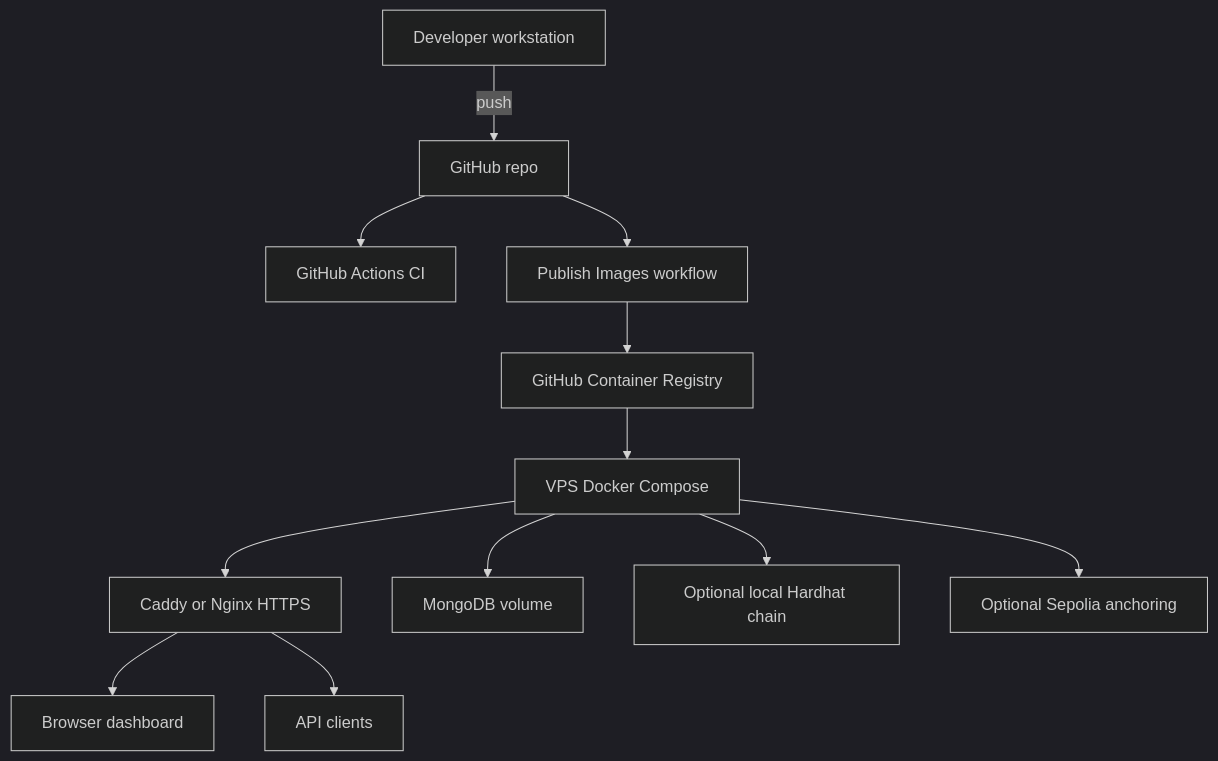
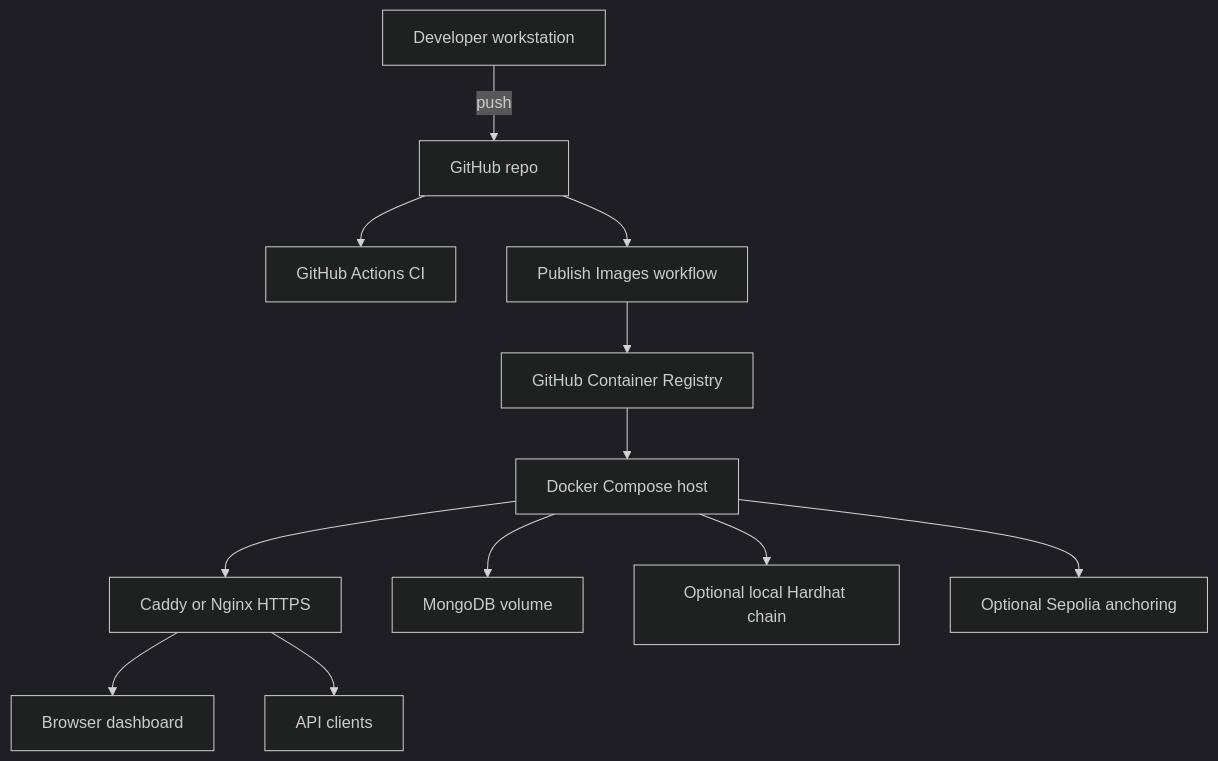
One commit to ccastromar/ai-blockchain-provenance changed the second of 4 diagrams in docs/architecture.md. Above: the diagram before and after it, drawn with Mermaid (dark theme). The commit also changed other lines of this file and 19 other files, not shown here.

````diff
--- a/docs/architecture.md
+++ b/docs/architecture.md
@@ -37,14 +37,14 @@
 ```mermaid
 flowchart TD
   Dev["Developer workstation"] -->|push| GitHub["GitHub repo"]
   GitHub --> CI["GitHub Actions CI"]
   GitHub --> Publish["Publish Images workflow"]
   Publish --> GHCR["GitHub Container Registry"]
-  GHCR --> VPS["VPS Docker Compose"]
-  VPS --> Proxy["Caddy or Nginx HTTPS"]
+  GHCR --> Host["Docker Compose host"]
+  Host --> Proxy["Caddy or Nginx HTTPS"]
   Proxy --> Browser["Browser dashboard"]
   Proxy --> APIClient["API clients"]
-  VPS --> Mongo["MongoDB volume"]
-  VPS --> LocalChain["Optional local Hardhat chain"]
-  VPS --> Sepolia["Optional Sepolia anchoring"]
+  Host --> Mongo["MongoDB volume"]
+  Host --> LocalChain["Optional local Hardhat chain"]
+  Host --> Sepolia["Optional Sepolia anchoring"]
 ```
````
